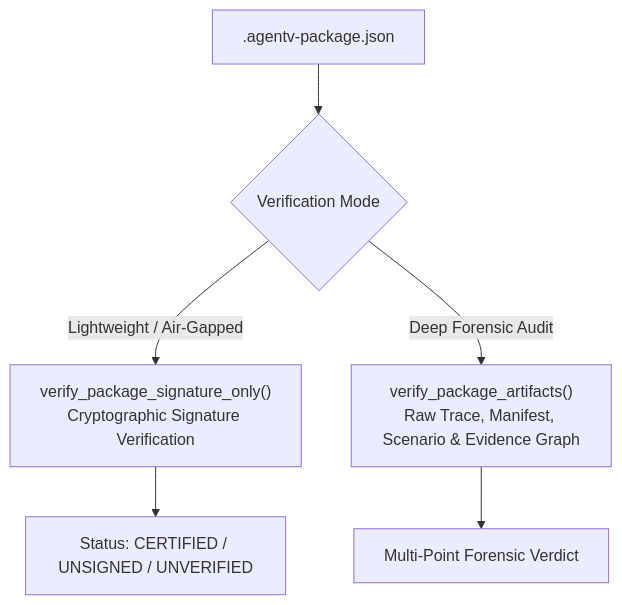
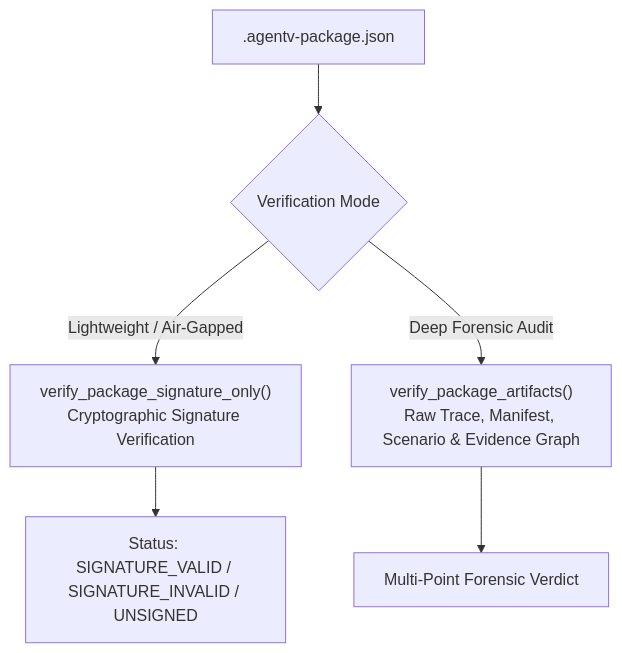
The second of 2 diagrams in docs/src/content/docs/auditor/verification.md (najeed/ai-agent-eval-harness), drawn with Mermaid before and after one commit. The commit also changed other lines of this file and 125 other files, not shown here.

````diff
--- a/docs/src/content/docs/auditor/verification.md
+++ b/docs/src/content/docs/auditor/verification.md
@@ -74,9 +74,9 @@
 ```mermaid
 graph TD
     PKG[".agentv-package.json"] --> SPLIT{"Verification Mode"}
     SPLIT -->|Lightweight / Air-Gapped| SIG["verify_package_signature_only()<br/>Cryptographic Signature Verification"]
     SPLIT -->|Deep Forensic Audit| ART["verify_package_artifacts()<br/>Raw Trace, Manifest, Scenario & Evidence Graph"]
     
-    SIG --> RES1["Status: CERTIFIED / UNSIGNED / UNVERIFIED"]
+    SIG --> RES1["Status: SIGNATURE_VALID / SIGNATURE_INVALID / UNSIGNED"]
     ART --> RES2["Multi-Point Forensic Verdict"]
 ```
````
